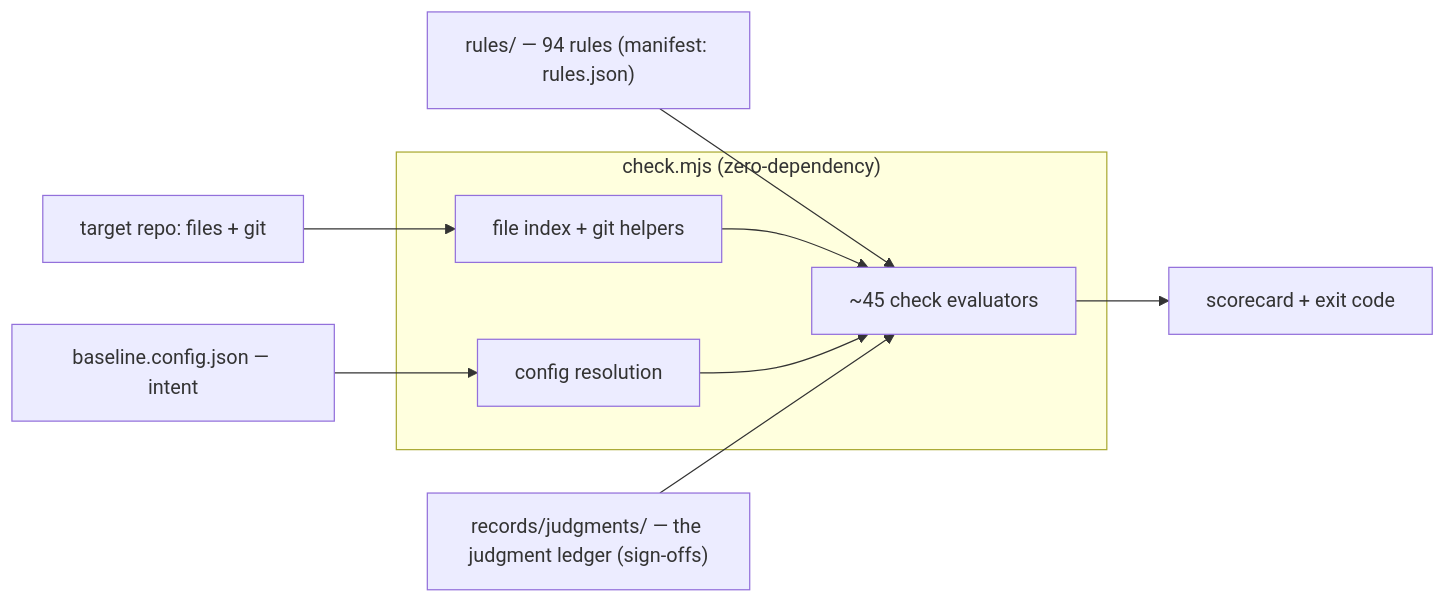
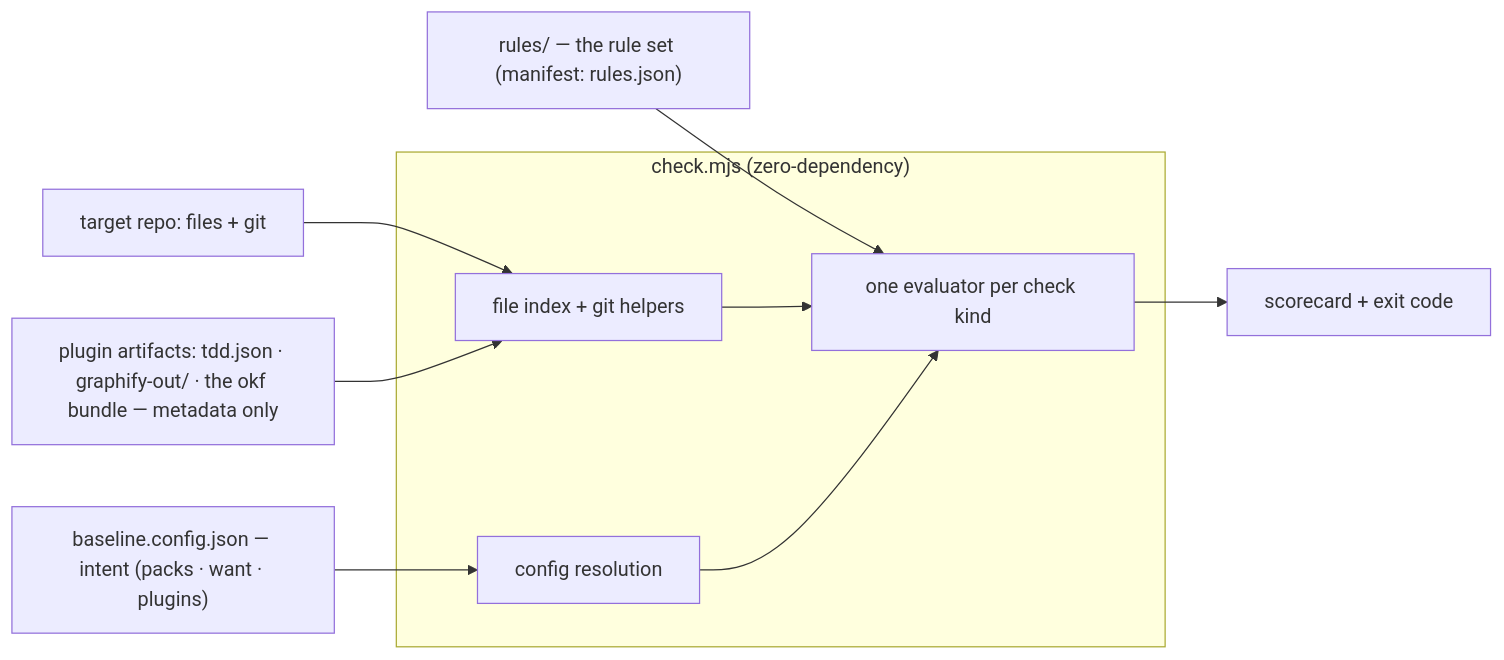
The first of 3 diagrams in REFERENCE.md (AdarGit008/baseline-skill), drawn with Mermaid before and after one commit. The commit also changed other lines of this file and 133 other files, not shown here.

First line of the commit message:
v3: enabler, not enforcer — 76 rules, the plugin boundary, a red suite that gates CI (#103)

````diff
--- a/REFERENCE.md
+++ b/REFERENCE.md
@@ -58,12 +79,12 @@
 ```mermaid
 flowchart LR
-  CFG["baseline.config.json — intent"] --> RES
-  RULES["rules/ — 94 rules (manifest: rules.json)"] --> EVAL
+  CFG["baseline.config.json — intent (packs · want · plugins)"] --> RES
+  RULES["rules/ — the rule set (manifest: rules.json)"] --> EVAL
   REPO["target repo: files + git"] --> IDX
+  PLUG["plugin artifacts: tdd.json · graphify-out/ · the okf bundle — metadata only"] --> IDX
   subgraph ENGINE["check.mjs (zero-dependency)"]
-    IDX["file index + git helpers"] --> EVAL["~45 check evaluators"]
+    IDX["file index + git helpers"] --> EVAL["one evaluator per check kind"]
     RES["config resolution"] --> EVAL
   end
-  SO["records/judgments/ — the judgment ledger (sign-offs)"] --> EVAL
   EVAL --> OUT["scorecard + exit code"]
 ```
````
